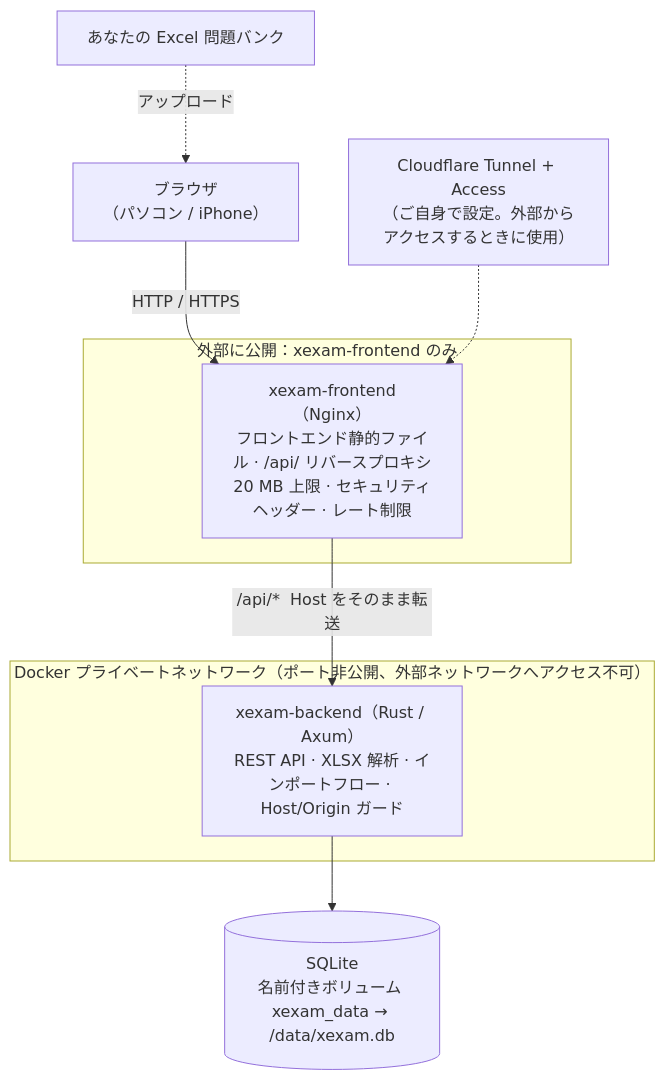
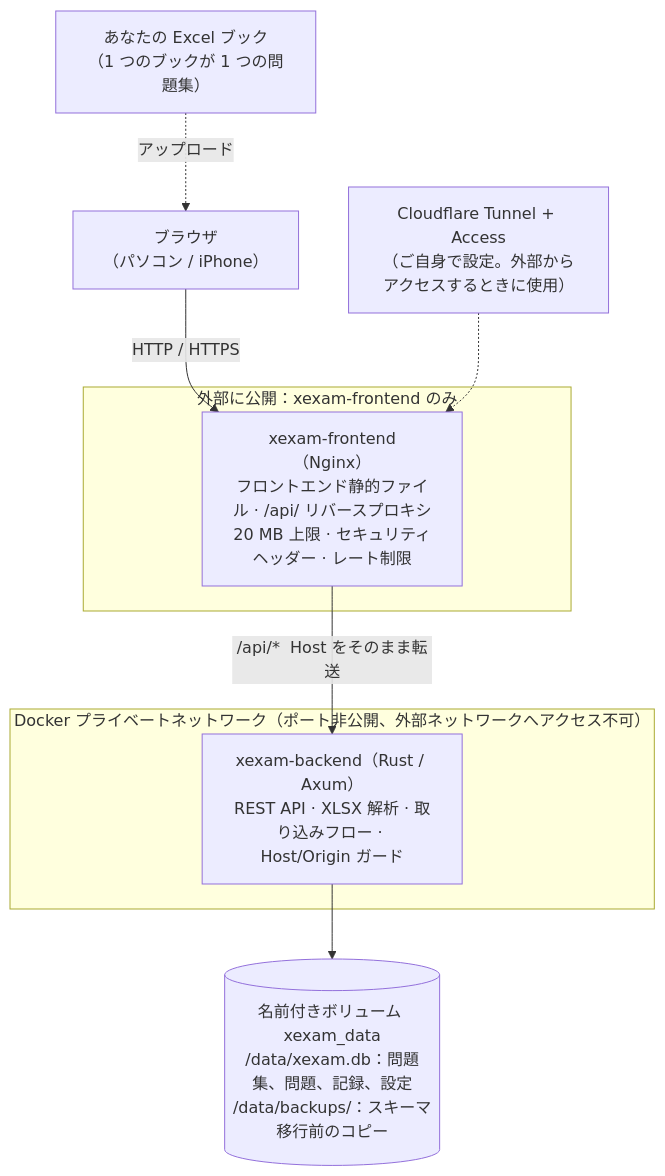
The second of 7 diagrams in README.ja.md (Yumin-Space/xexam), drawn with Mermaid before and after one commit. The commit also changed other lines of this file and 205 other files, not shown here.

````diff
--- a/README.ja.md
+++ b/README.ja.md
@@ -122,14 +625,14 @@
 ```mermaid
 flowchart TB
     U["ブラウザ<br/>（パソコン / iPhone）"] -->|"HTTP / HTTPS"| N
-    subgraph 公开["外部に公開：xexam-frontend のみ"]
+    subgraph pub["外部に公開：xexam-frontend のみ"]
         N["xexam-frontend（Nginx）<br/>フロントエンド静的ファイル · /api/ リバースプロキシ<br/>20 MB 上限 · セキュリティヘッダー · レート制限"]
     end
-    subgraph 内网["Docker プライベートネットワーク（ポート非公開、外部ネットワークへアクセス不可）"]
-        B["xexam-backend（Rust / Axum）<br/>REST API · XLSX 解析 · インポートフロー · Host/Origin ガード"]
+    subgraph priv["Docker プライベートネットワーク（ポート非公開、外部ネットワークへアクセス不可）"]
+        B["xexam-backend（Rust / Axum）<br/>REST API · XLSX 解析 · 取り込みフロー · Host/Origin ガード"]
     end
     N -->|"/api/*  Host をそのまま転送"| B
-    B --> D[("SQLite<br/>名前付きボリューム xexam_data → /data/xexam.db")]
+    B --> D[("名前付きボリューム xexam_data<br/>/data/xexam.db：問題集、問題、記録、設定<br/>/data/backups/：スキーマ移行前のコピー")]
     CF["Cloudflare Tunnel + Access<br/>（ご自身で設定。外部からアクセスするときに使用）"] -.-> N
-    X["あなたの Excel 問題バンク"] -.->|"アップロード"| U
+    X["あなたの Excel ブック<br/>（1 つのブックが 1 つの問題集）"] -.->|"アップロード"| U
 ```
````
